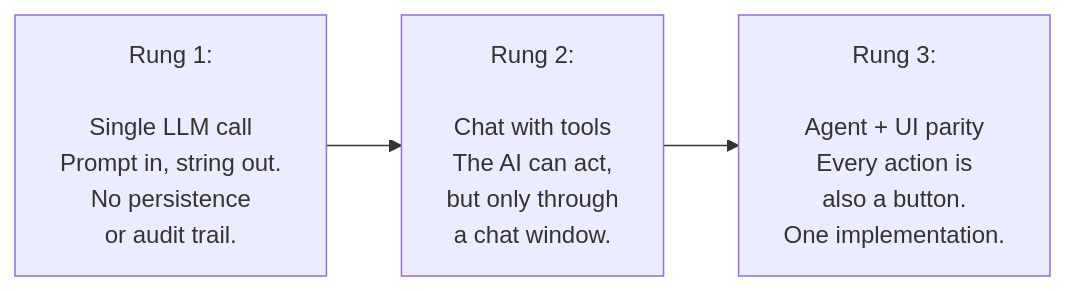
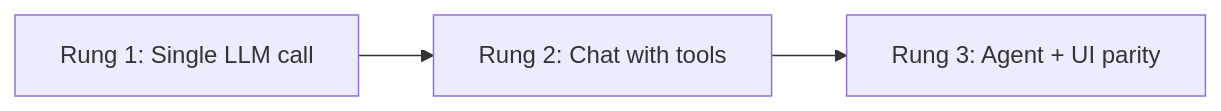
The first of 2 diagrams in packages/core/docs/content/what-is-agent-native.mdx (BuilderIO/agent-native), drawn with Mermaid before and after one commit.

Commit message:
fix mermaid line breaks

````diff
--- a/packages/core/docs/content/what-is-agent-native.mdx
+++ b/packages/core/docs/content/what-is-agent-native.mdx
@@ -52,22 +52,7 @@
 ```mermaid
 graph LR
-  R1["Rung 1:
-
-  Single LLM call
-Prompt in, string out.
-No persistence
-or audit trail."]
-  R2["Rung 2:
-
-  Chat with tools
-The AI can act,
-but only through
-a chat window."]
-  R3["Rung 3:
-
-  Agent + UI parity
-Every action is
-also a button.
-One implementation."]
+  R1["Rung 1: Single LLM call"]
+  R2["Rung 2: Chat with tools"]
+  R3["Rung 3: Agent + UI parity"]
   R1 --> R2 --> R3
 ```
````
